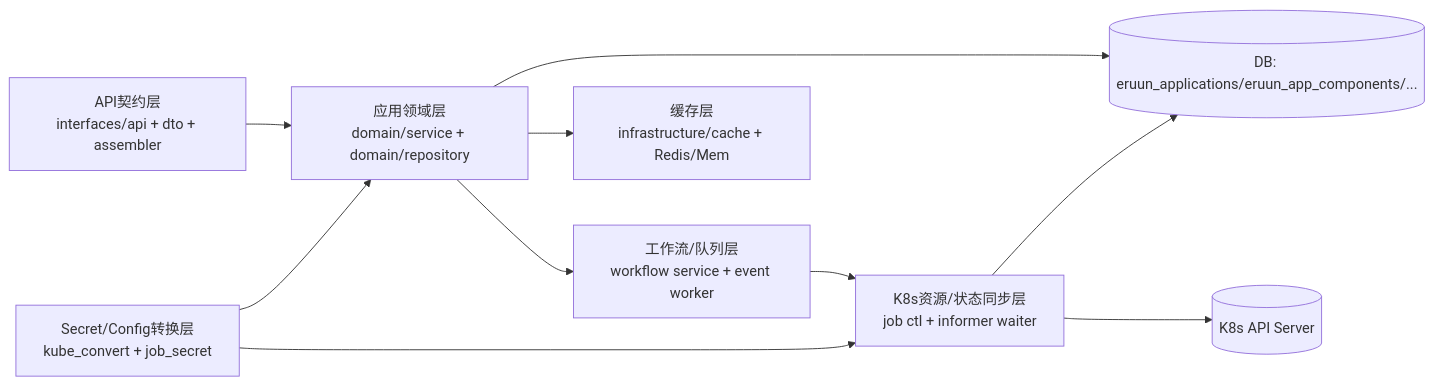
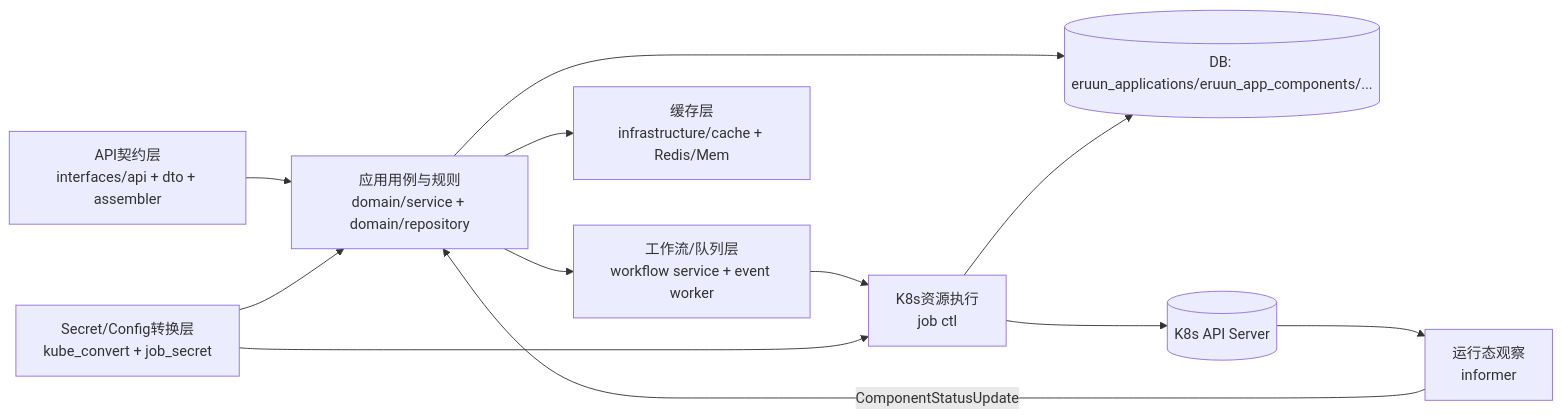
Before and after one commit to PixelCores/Eruun: the diagram in docs/core-module-boundary-and-cross-layer-contracts.md, drawn with Mermaid. The commit also changed other lines of this file and 32 other files, not shown here.

````diff
--- a/docs/core-module-boundary-and-cross-layer-contracts.md
+++ b/docs/core-module-boundary-and-cross-layer-contracts.md
@@ -18,21 +18,24 @@
 ```mermaid
 flowchart LR
     A[API契约层\ninterfaces/api + dto + assembler]
-    B[应用领域层\ndomain/service + domain/repository]
+    B[应用用例与规则\ndomain/service + domain/repository]
     C[工作流/队列层\nworkflow service + event worker]
     D[缓存层\ninfrastructure/cache + Redis/Mem]
-    E[K8s资源/状态同步层\njob ctl + informer waiter]
+    E[K8s资源执行\njob ctl]
     F[Secret/Config转换层\nkube_convert + job_secret]
     G[(DB: eruun_applications/eruun_app_components/...)]
     H[(K8s API Server)]
+    I[运行态观察\ninformer]
 
     A --> B
     B --> G
     B --> D
     B --> C
     C --> E
     E --> H
     E --> G
+    H --> I
+    I -->|ComponentStatusUpdate| B
     F --> B
     F --> E
 ```
````
